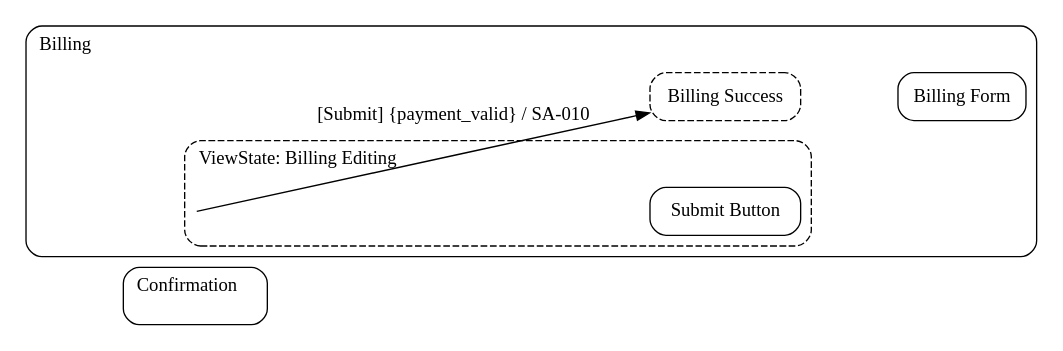
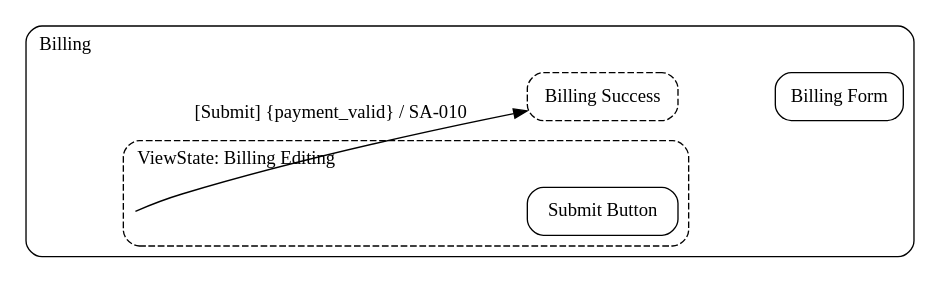
Before and after one commit to knutopia/Structured-Design-Documents: the diagram in examples/rendered/v0.1/ui_contracts_diagram_type/place_viewstate_transition_example/simple_profile/place_viewstate_transition.ui_contracts.dot, drawn with Graphviz. The commit also changed 27 other files, not shown here.

Commit message:
added simple example file to use in readme, removed empty containers from simple-profile ui_contract diagram

```diff
--- a/examples/rendered/v0.1/ui_contracts_diagram_type/place_viewstate_transition_example/simple_profile/place_viewstate_transition.ui_contracts.dot
+++ b/examples/rendered/v0.1/ui_contracts_diagram_type/place_viewstate_transition_example/simple_profile/place_viewstate_transition.ui_contracts.dot
@@ -1,26 +1,21 @@
 digraph ui_contracts {
   rankdir=LR;
   graph [fontname="Public Sans", compound=true, nodesep=0.7, ranksep=1.0];
   node [fontname="Public Sans"];
   edge [fontname="Public Sans"];
   subgraph cluster_P_010 {
     graph [label=<<TABLE BORDER="0" CELLBORDER="0" CELLPADDING="0"><TR><TD ALIGN="LEFT">Billing</TD></TR></TABLE>>, style="rounded", labelloc="t", labeljust="l"];
     "P-010__anchor" [label="", shape="point", width=0, height=0, style="invis"];
     subgraph cluster_VS_010a {
       graph [label=<<TABLE BORDER="0" CELLBORDER="0" CELLPADDING="0"><TR><TD ALIGN="LEFT">ViewState: Billing Editing</TD></TR></TABLE>>, style="rounded,dashed", labelloc="t", labeljust="l"];
       "VS-010a__anchor" [label="", shape="point", width=0, height=0, style="invis"];
       "C-011" [shape="box", style="rounded", label="Submit Button"];
     }
     "VS-010b" [shape="box", style="rounded,dashed", label="Billing Success"];
     "C-010" [shape="box", style="rounded", label="Billing Form"];
   }
-  subgraph cluster_P_011 {
-    graph [label=<<TABLE BORDER="0" CELLBORDER="0" CELLPADDING="0"><TR><TD ALIGN="LEFT">Confirmation</TD></TR></TABLE>>, style="rounded", labelloc="t", labeljust="l"];
-    "P-011__anchor" [label="", shape="point", width=0, height=0, style="invis"];
-  }
-  "P-010__anchor" -> "P-011__anchor" [style=invis, weight=100];
   "P-010__anchor" -> "VS-010a__anchor" [style=invis, weight=100];
   "VS-010b" -> "C-010" [style=invis, weight=100];
   "VS-010a__anchor" -> "C-011" [style=invis, weight=100];
   "VS-010a__anchor" -> "VS-010b" [label="[Submit] {payment_valid} / SA-010", style="solid", weight=4];
 }
```
